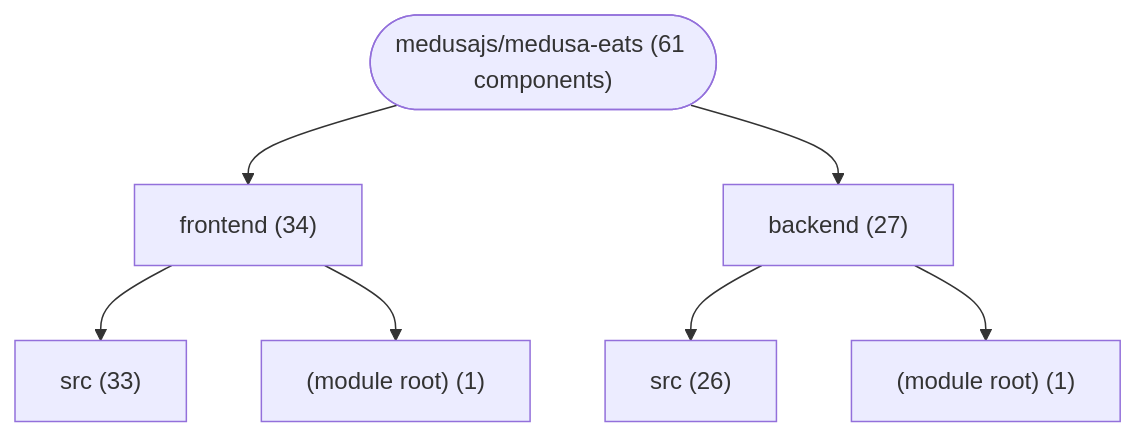
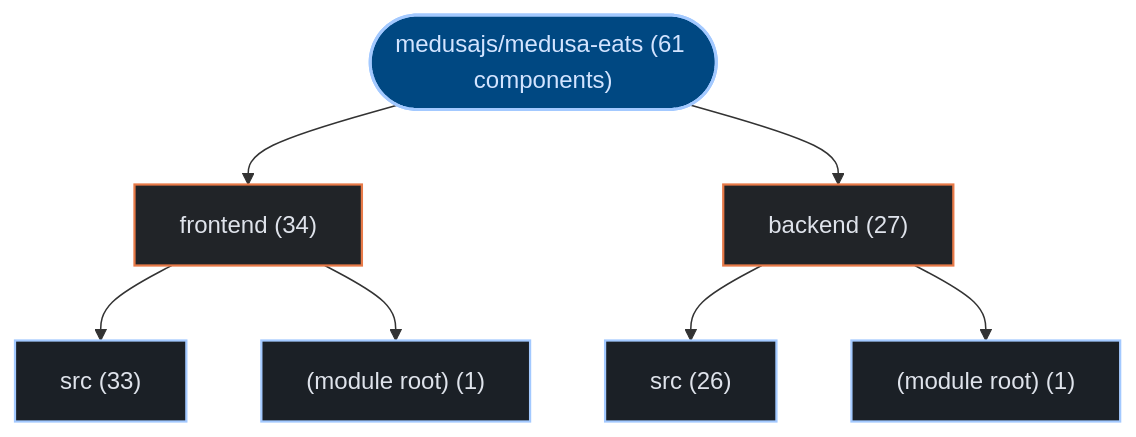
The first of 2 diagrams in exports/latest/reports/medusajs-medusa-eats-report.md (kumarshaz/atruss-code-atlas), drawn with Mermaid before and after one commit. The commit also changed other lines of this file and 331 other files, not shown here.

Commit message:
docs,ui,fix: update SDLC docs, reorder CI/CD DAG first, stylize Mermaid, and fix Arc42 pipeline topology

````diff
--- a/exports/latest/reports/medusajs-medusa-eats-report.md
+++ b/exports/latest/reports/medusajs-medusa-eats-report.md
@@ -41,16 +41,23 @@
 ```mermaid
 graph TD;
-    repo_root(["medusajs/medusa-eats (61 components)"])
-    dir_0_frontend["frontend (34)"]
+  classDef atlasRoot fill:#004882,stroke:#a3c9ff,stroke-width:2px,color:#d3e4ff
+  classDef atlasCategory fill:#212428,stroke:#E87A48,stroke-width:1.5px,color:#dfe3eb
+  classDef atlasWorkflow fill:#1b2026,stroke:#a3c9ff,stroke-width:1.5px,color:#dfe3eb
+  classDef atlasJob fill:#171c22,stroke:#8d9199,stroke-width:1px,color:#dfe3eb
+  classDef atlasTarget fill:#005227,stroke:#8bd99b,stroke-width:1.5px,color:#a7f6b6
+  classDef atlasAlert fill:#93000a,stroke:#ffb4ab,stroke-width:1.5px,color:#ffdad6
+  classDef atlasMore fill:#252a31,stroke:#8d9199,stroke-dasharray:4 4,color:#c3c6cf
+    repo_root(["medusajs/medusa-eats (61 components)"]):::atlasRoot
+    dir_0_frontend["frontend (34)"]:::atlasCategory
     repo_root --> dir_0_frontend
-    sub_0_0_src["src (33)"]
+    sub_0_0_src["src (33)"]:::atlasWorkflow
     dir_0_frontend --> sub_0_0_src
-    sub_0_1__module_root_["(module root) (1)"]
+    sub_0_1__module_root_["(module root) (1)"]:::atlasWorkflow
     dir_0_frontend --> sub_0_1__module_root_
-    dir_1_backend["backend (27)"]
+    dir_1_backend["backend (27)"]:::atlasCategory
     repo_root --> dir_1_backend
-    sub_1_0_src["src (26)"]
+    sub_1_0_src["src (26)"]:::atlasWorkflow
     dir_1_backend --> sub_1_0_src
-    sub_1_1__module_root_["(module root) (1)"]
+    sub_1_1__module_root_["(module root) (1)"]:::atlasWorkflow
     dir_1_backend --> sub_1_1__module_root_
 ```
````
